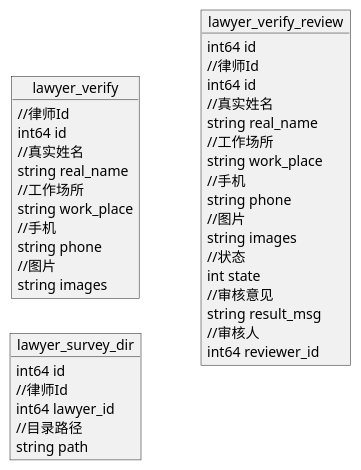
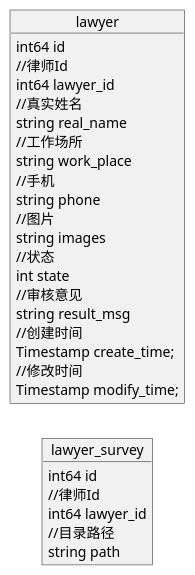
Before and after one commit to cryS4tal/degign: the diagram in tmindtech/lawyer/lawyer.db.puml.md, drawn with PlantUML. The commit also changed 9 other files, not shown here.

Commit message:
fix: add the latest db design (survey/lawyer/comment),update API design in some return & permission etc..

````diff
--- a/tmindtech/lawyer/lawyer.db.puml.md
+++ b/tmindtech/lawyer/lawyer.db.puml.md
@@ -1,47 +1,36 @@
 ```plantuml
 @startuml
 left to right direction
 
-object lawyer_verify {
-    //律师Id
-    int64 id
-    //真实姓名
-    string real_name
-    //工作场所
-    string work_place
-    //手机
-    string phone
-    //图片
-    string images
-}
-
-object lawyer_survey_dir {
+object lawyer_survey {
     int64 id
     //律师Id
     int64 lawyer_id
     //目录路径
     string path
 }
 
-object lawyer_verify_review {
+object lawyer {
     int64 id
     //律师Id
-    int64 id
+    int64 lawyer_id
     //真实姓名
     string real_name
     //工作场所
     string work_place
     //手机
     string phone
     //图片
     string images
     //状态
     int state
     //审核意见
     string result_msg
-    //审核人
-    int64 reviewer_id
+    //创建时间
+    Timestamp create_time;
+    //修改时间
+    Timestamp modify_time;
 }
 
 @enduml
 ```
````
